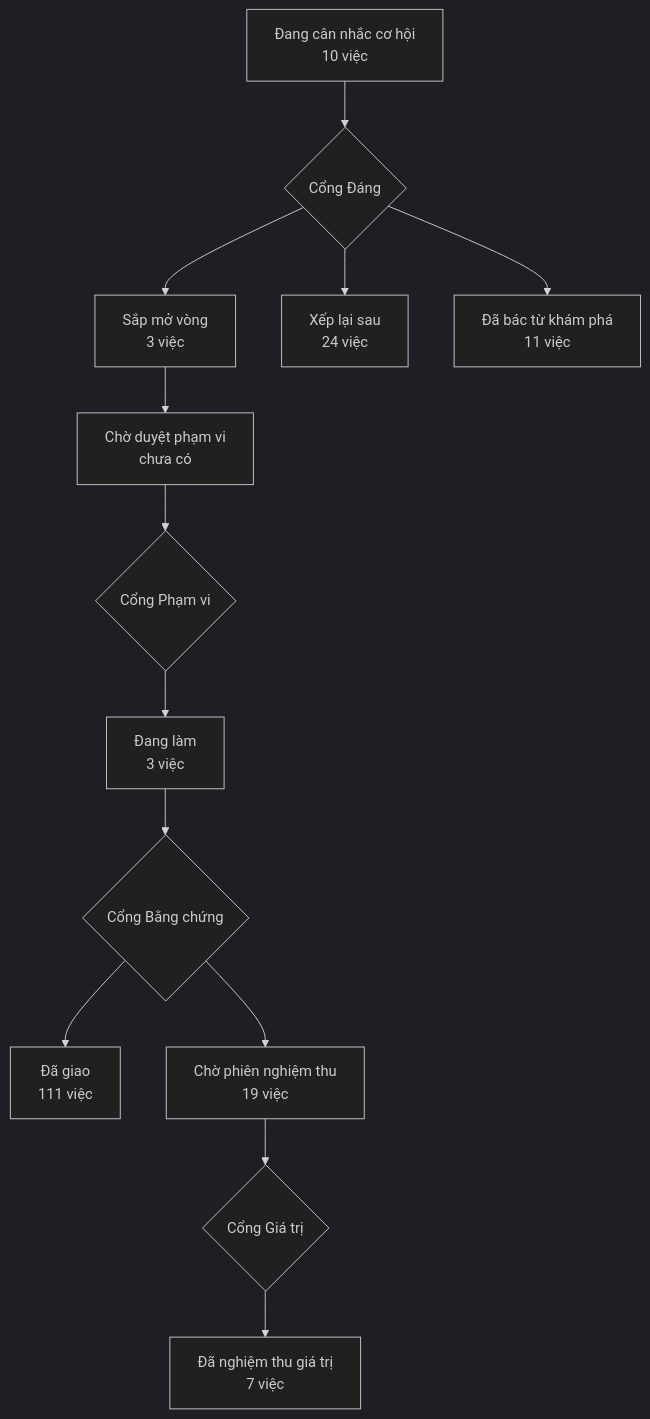
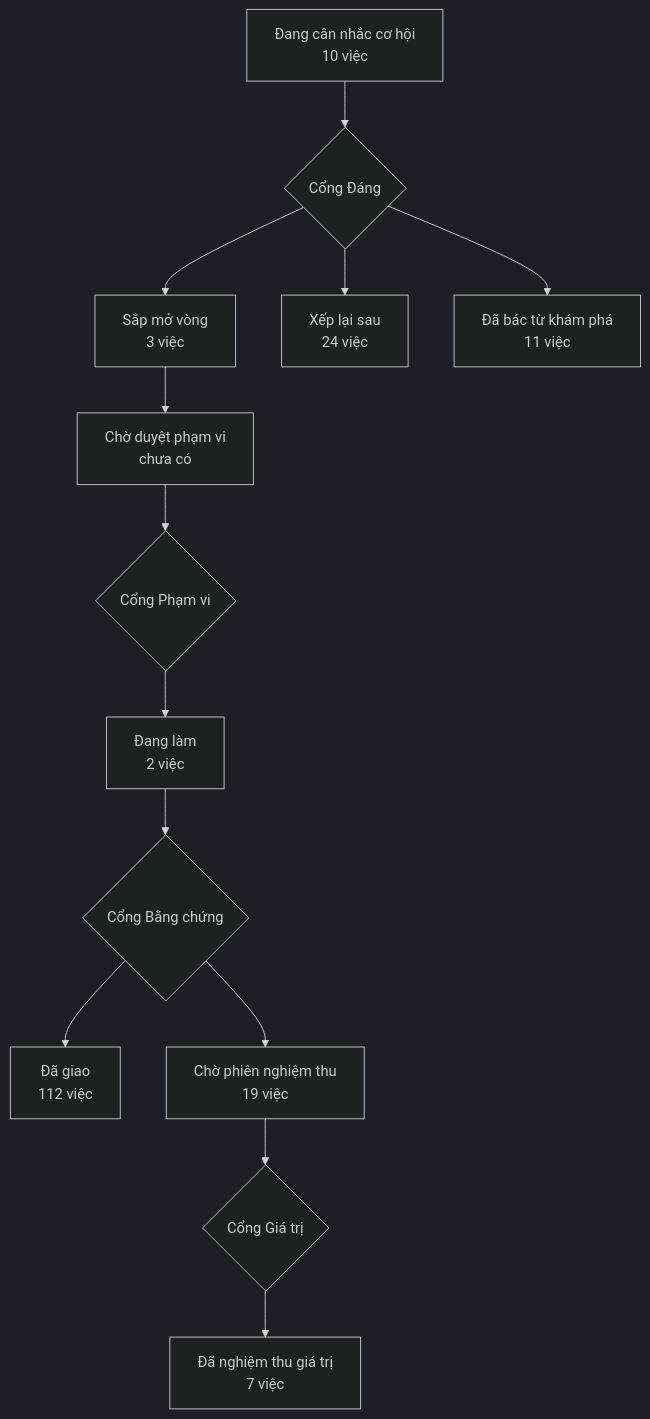
Before and after one commit to phanlemanh/acceptance-gate-kit: the diagram in PRODUCT-MAP.md, drawn with Mermaid (dark theme). The commit also changed 7 other files, not shown here.

````diff
--- a/PRODUCT-MAP.md
+++ b/PRODUCT-MAP.md
@@ -7,12 +7,12 @@
 ```mermaid
 flowchart TD
   A["Đang cân nhắc cơ hội<br/>10 việc"] --> GD{"Cổng Đáng"}
   GD --> B["Sắp mở vòng<br/>3 việc"]
   GD --> XL["Xếp lại sau<br/>24 việc"]
   GD --> DB["Đã bác từ khám phá<br/>11 việc"]
   B --> CD["Chờ duyệt phạm vi<br/>chưa có"] --> GP{"Cổng Phạm vi"}
-  GP --> DL["Đang làm<br/>3 việc"] --> GB{"Cổng Bằng chứng"}
-  GB --> DG["Đã giao<br/>111 việc"]
+  GP --> DL["Đang làm<br/>2 việc"] --> GB{"Cổng Bằng chứng"}
+  GB --> DG["Đã giao<br/>112 việc"]
   GB --> CN["Chờ phiên nghiệm thu<br/>19 việc"] --> GG{"Cổng Giá trị"}
   GG --> NT["Đã nghiệm thu giá trị<br/>7 việc"]
 ```
````
